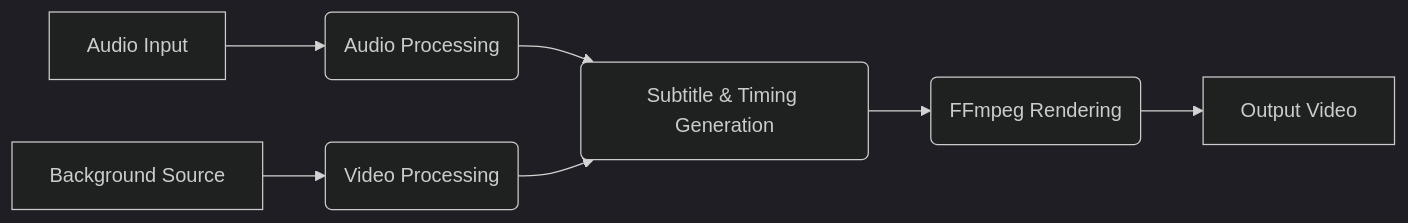
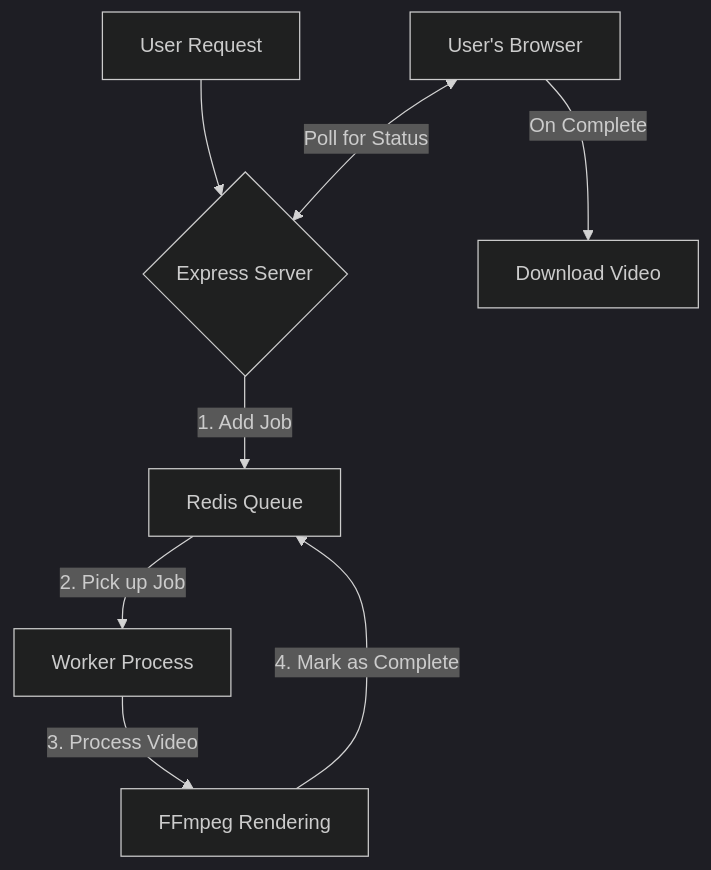
Before and after one commit to modhtom/QVM: the diagram in README.md, drawn with Mermaid (dark theme). The commit also changed other lines of this file and 3 other files, not shown here.

Commit message:
added Job Queue

````diff
--- a/README.md
+++ b/README.md
@@ -173,9 +206,10 @@
     ```mermaid
-    graph LR
-       A[Audio Input] --> B(Audio Processing);
-       C[Background Source] --> D(Video Processing);
-       B --> E(Subtitle & Timing Generation);
-       D --> E;
-       E --> F(FFmpeg Rendering);
-       F --> G[Output Video];
+    graph TD
+        A[User Request] --> B{Express Server};
+        B --> |1. Add Job| C[Redis Queue];
+        C --> |2. Pick up Job| D[Worker Process];
+        D --> |3. Process Video| E[FFmpeg Rendering];
+        E --> |4. Mark as Complete| C;
+        F[User's Browser] <-->|Poll for Status| B;
+        F -->|On Complete| G[Download Video];
     ```
````
